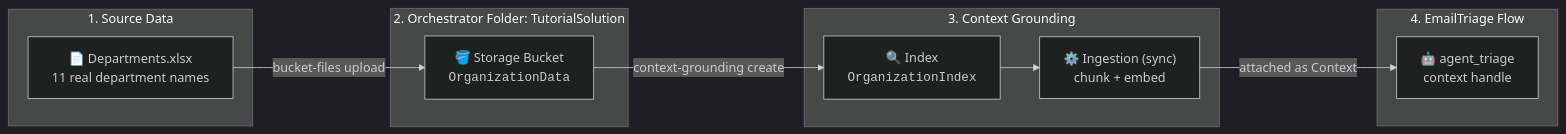
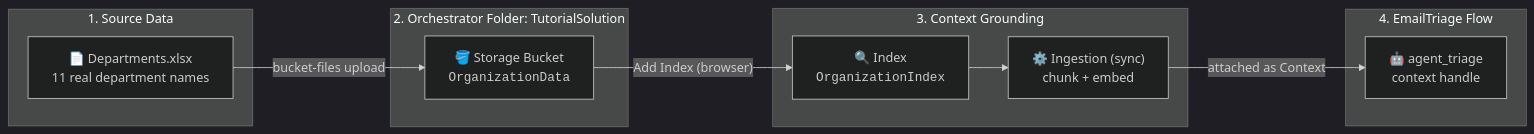
Before and after one commit to reitermayer/Fusion2026-CodingAgents: the first of 3 diagrams in Chapters/06-StorageBucketAndIndex.md, drawn with Mermaid (dark theme). The commit also changed other lines of this file and 3 other files, not shown here.

First line of the commit message:
Chapter 06: create and sync the index in the browser; no Python runtime for students

````diff
--- a/Chapters/06-StorageBucketAndIndex.md
+++ b/Chapters/06-StorageBucketAndIndex.md
@@ -7,24 +7,24 @@
 ```mermaid
 flowchart LR
     subgraph Source ["1. Source Data"]
         F["📄 Departments.xlsx<br/>11 real department names"]
     end
 
     subgraph Orchestrator ["2. Orchestrator Folder: TutorialSolution"]
         B["🪣 Storage Bucket<br/><code>OrganizationData</code>"]
     end
 
     subgraph ECS ["3. Context Grounding"]
         I["🔍 Index<br/><code>OrganizationIndex</code>"]
         S["⚙️ Ingestion (sync)<br/>chunk + embed"]
     end
 
     subgraph Flow ["4. EmailTriage Flow"]
         A["🤖 agent_triage<br/>context handle"]
     end
 
     F -->|"bucket-files upload"| B
-    B -->|"context-grounding create"| I
+    B -->|"Add Index (browser)"| I
     I --> S
     S -->|"attached as Context"| A
 ```
````
